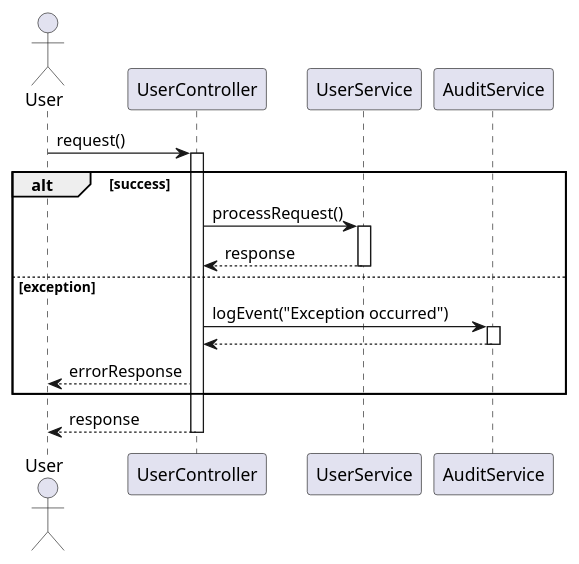
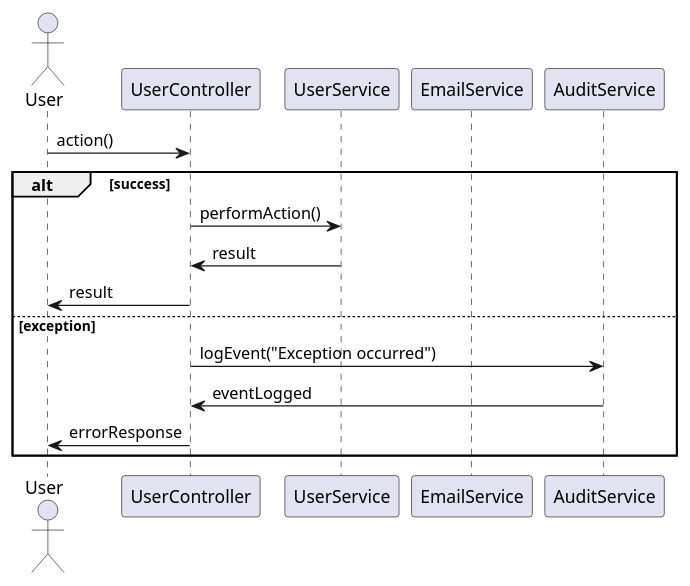
Before and after one commit to Dinesh-s95/AutoDoc.ai: the fourth of 5 diagrams in identityprovider/documentation/detaileddesign.adoc, drawn with PlantUML. The commit also changed other lines of this file and 4 other files, not shown here.

```diff
--- a/identityprovider/documentation/detaileddesign.adoc
+++ b/identityprovider/documentation/detaileddesign.adoc
@@ -414,28 +725,21 @@
-[plantuml, exception-handling-flow, png]
+[source,plantuml]
 ----
 @startuml
 actor User
 participant UserController
 participant UserService
+participant EmailService
 participant AuditService
 
-User -> UserController : request()
-activate UserController
-
+User -> UserController : action()
 alt success
-  UserController -> UserService : processRequest()
-  activate UserService
-  UserService --> UserController : response
-  deactivate UserService
+    UserController -> UserService : performAction()
+    UserService -> UserController : result
+    UserController -> User : result
 else exception
-  UserController -> AuditService : logEvent("Exception occurred")
-  activate AuditService
-  AuditService --> UserController
-  deactivate AuditService
-  UserController --> User : errorResponse
+    UserController -> AuditService : logEvent("Exception occurred")
+    AuditService -> UserController : eventLogged
+    UserController -> User : errorResponse
 end
-
-UserController --> User : response
-deactivate UserController
 @enduml
 ----
```
